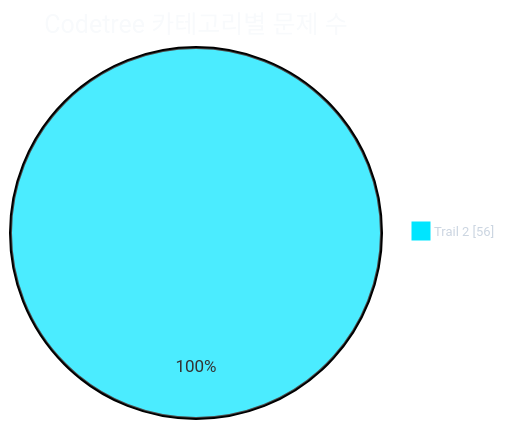
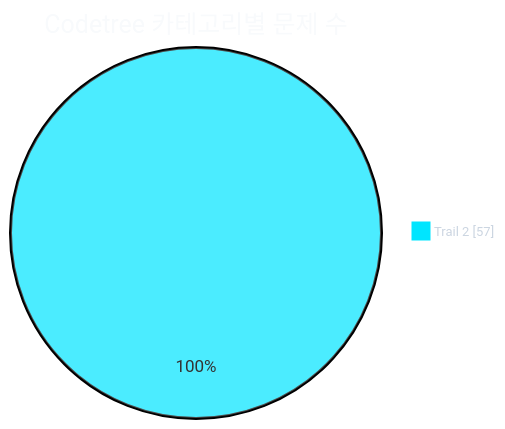
Before and after one commit to CHOOSLA/Algorithm: the first of 2 diagrams in readme.md, drawn with Mermaid. The commit also changed other lines of this file and 2 other files, not shown here.

````diff
--- a/readme.md
+++ b/readme.md
@@ -31,21 +31,21 @@
 ```mermaid
 ---
 config:
   theme: base
   themeVariables:
     background: '#0d1117'
     pieTitleTextColor: '#f8fafc'
     pieLegendTextColor: '#cbd5e1'
     pieLegendTextSize: '13px'
     pie1: '#00e5ff'
     pie2: '#22c55e'
     pie3: '#f59e0b'
     pie4: '#a855f7'
     pie5: '#ec4899'
     pie6: '#3b82f6'
     pie7: '#64748b'
 ---
 pie showData
   title Codetree 카테고리별 문제 수
-  "Trail 2" : 56
+  "Trail 2" : 57
 ```
````
